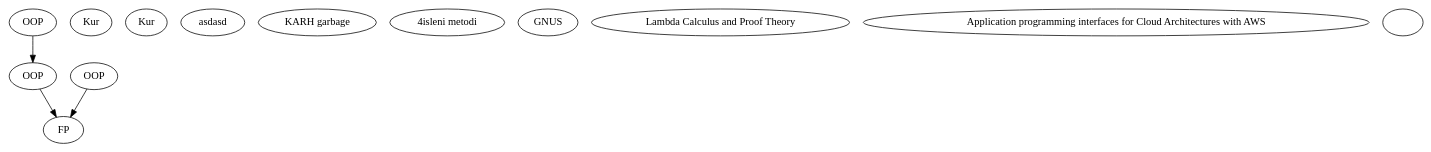
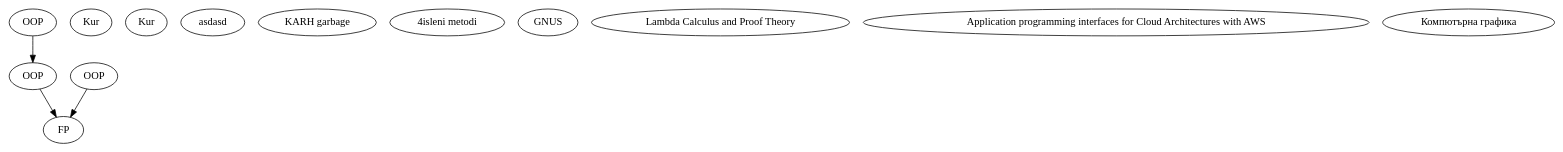
The diagram in server/graph/graph.dot (atanasormanow/uni-plan-editor), drawn with Graphviz before and after one commit. The commit also changed 5 other files, not shown here.

```diff
--- a/server/graph/graph.dot
+++ b/server/graph/graph.dot
@@ -1,18 +1,18 @@
 digraph {
 11 [label="FP"]
 12 [label="OOP"]
 13 [label="OOP"]
 14 [label="OOP"]
 15 [label="Kur"]
 16 [label="Kur"]
 17 [label="asdasd"]
 18 [label="KARH garbage"]
 19 [label="4isleni metodi"]
 20 [label="GNUS"]
 21 [label="Lambda Calculus and Proof Theory"]
 22 [label="Application programming interfaces for Cloud Architectures with AWS"]
-23 [label=" "]
+23 [label="Компютърна графика"]
 12 -> 11
 13 -> 11
 14 -> 12
 }
```
